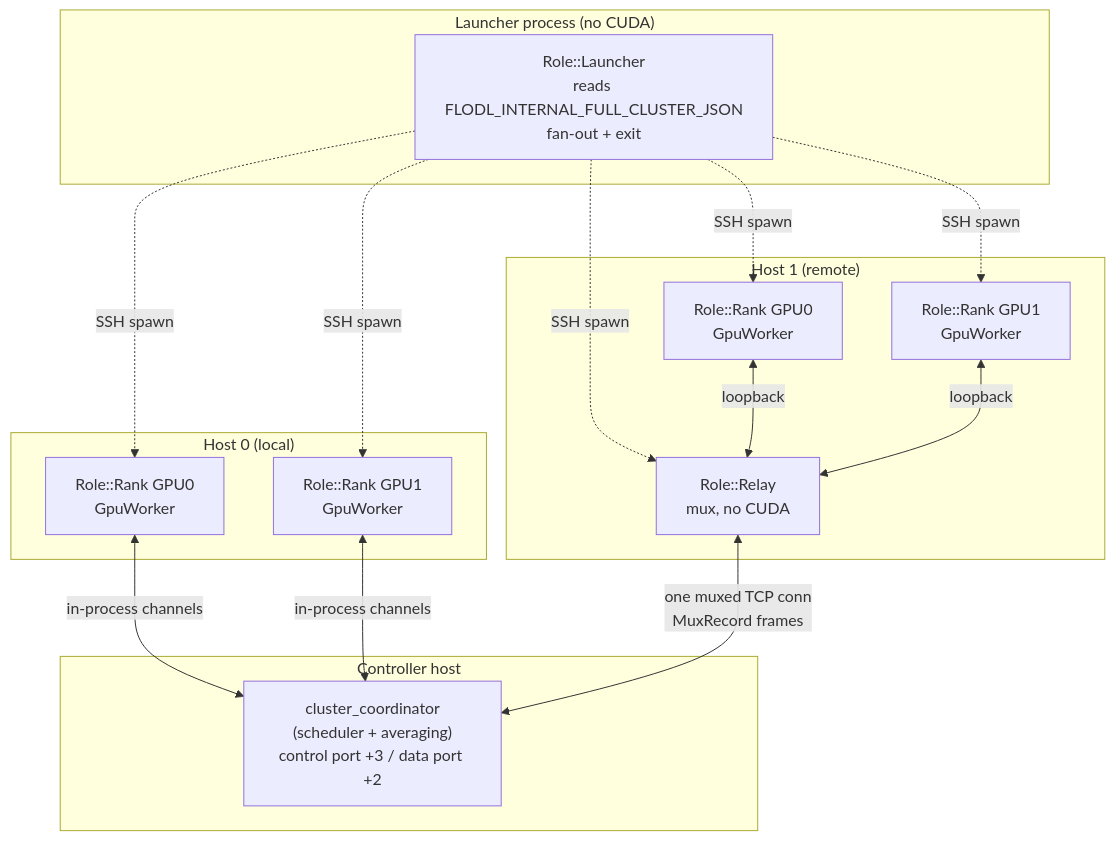
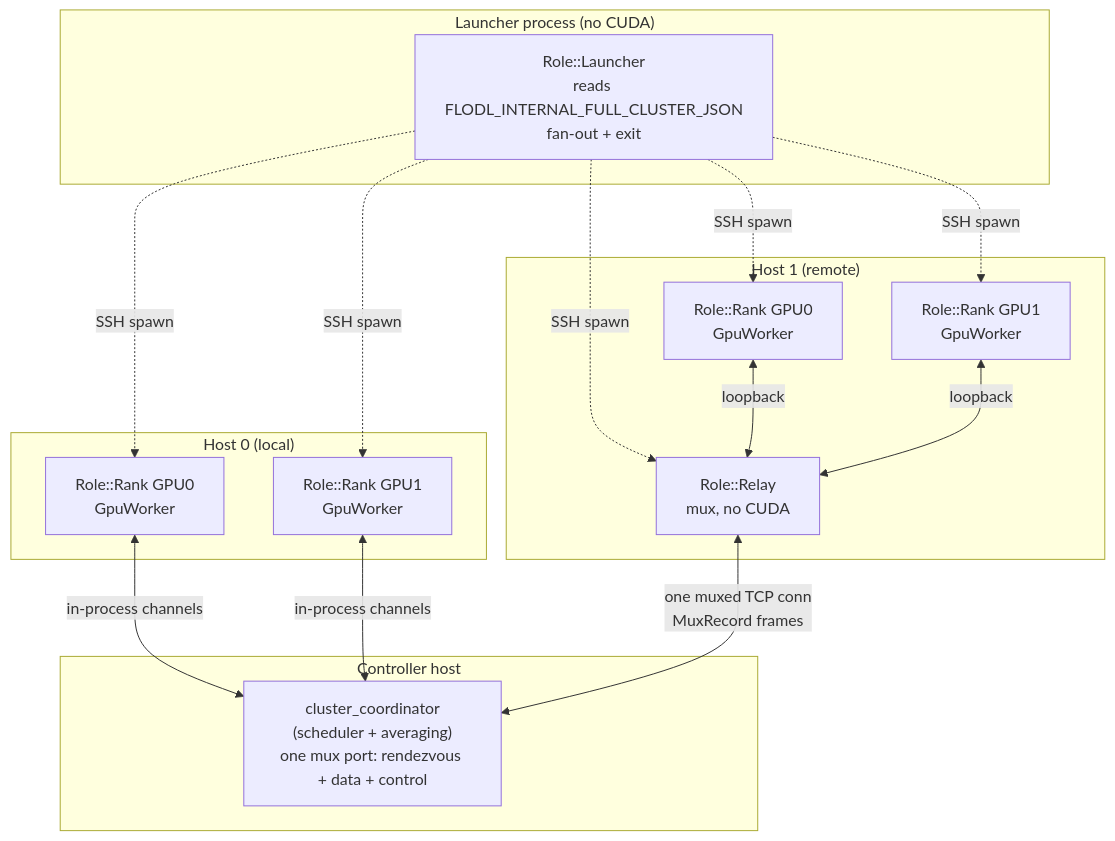
One commit to fab2s/floDl changed the first of 6 diagrams in docs/distributed/architecture.md. Above: the diagram before and after it, drawn with Mermaid. The commit also changed other lines of this file and 18 other files, not shown here.

Commit message:
distributed: single-port mux — every controller channel on one address

````diff
--- a/docs/distributed/architecture.md
+++ b/docs/distributed/architecture.md
@@ -54,33 +54,33 @@
 ```mermaid
 flowchart TB
     subgraph launchbox["Launcher process (no CUDA)"]
         L["Role::Launcher<br/>reads FLODL_INTERNAL_FULL_CLUSTER_JSON<br/>fan-out + exit"]
     end
 
     subgraph coordhost["Controller host"]
-        C["cluster_coordinator<br/>(scheduler + averaging)<br/>control port +3 / data port +2"]
+        C["cluster_coordinator<br/>(scheduler + averaging)<br/>one mux port: rendezvous + data + control"]
     end
 
     subgraph host0["Host 0 (local)"]
         W0["Role::Rank GPU0<br/>GpuWorker"]
         W1["Role::Rank GPU1<br/>GpuWorker"]
     end
 
     subgraph host1["Host 1 (remote)"]
         R1["Role::Relay<br/>mux, no CUDA"]
         W2["Role::Rank GPU0<br/>GpuWorker"]
         W3["Role::Rank GPU1<br/>GpuWorker"]
     end
 
     L -.->|SSH spawn| W0
     L -.->|SSH spawn| W1
     L -.->|SSH spawn| R1
     L -.->|SSH spawn| W2
     L -.->|SSH spawn| W3
 
     W0 <-->|in-process channels| C
     W1 <-->|in-process channels| C
     W2 <-->|loopback| R1
     W3 <-->|loopback| R1
     R1 <-->|one muxed TCP conn<br/>MuxRecord frames| C
 ```
````
